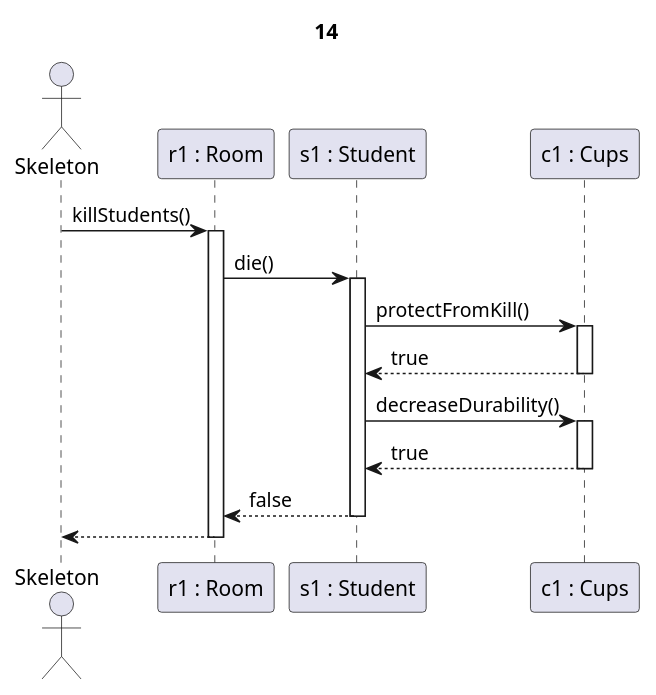
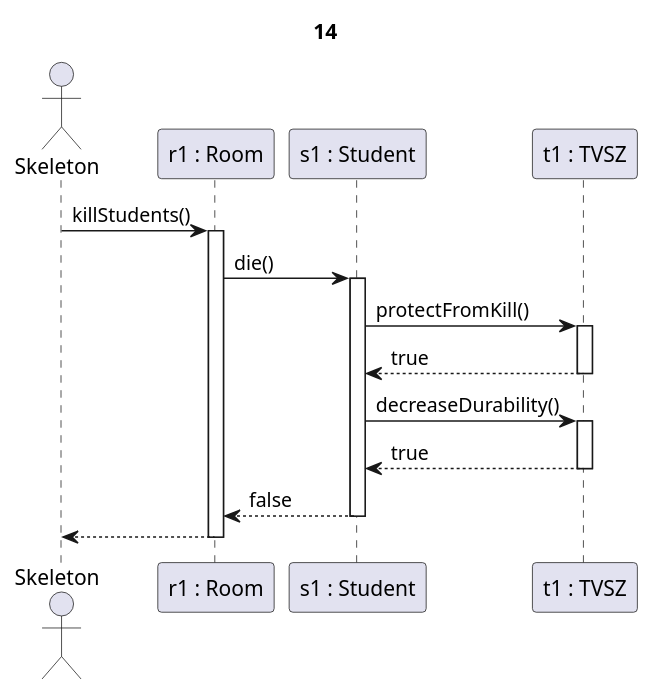
One commit to kipolaris/skyrimscriptsuttogok changed the diagram in partII_sequence diagrams/14.puml. Above: the diagram before and after it, drawn with PlantUML. The commit also changed 110 other files, not shown here.

Commit message:
finalize partII sequence diagrams

```diff
--- a/partII_sequence diagrams/14.puml
+++ b/partII_sequence diagrams/14.puml
@@ -1,24 +1,24 @@
-@startuml Cups+nem jár le az idő
+@startuml tvsz + nem jár le az idő
 
 title 14
 
 actor Skeleton as sk
 participant "r1 : Room" as r
 participant "s1 : Student" as s
-participant "c1 : Cups" as c
+participant "t1 : TVSZ" as c
 
 sk->r ++: killStudents()
 
 r -> s ++: die()
 
 s->c ++: protectFromKill()
 c-->s --: true
 
 s->c ++: decreaseDurability()
 c-->s --: true
 
 s-->r --: false
 
 r-->sk --:
 
 @enduml
```
